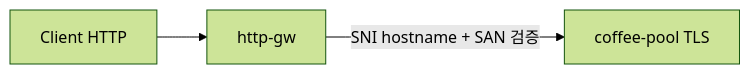
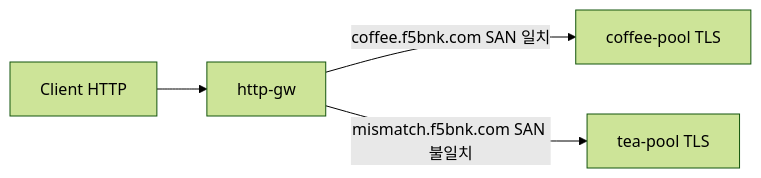
One commit to mink0119/2609_f5bnk changed the diagram in Advanced_Feature/3.7_BackendTLSPolicy_HostnameSAN/README.md. Above: the diagram before and after it, drawn with Mermaid (forest theme). The commit also changed other lines of this file and 80 other files, not shown here.

````diff
--- a/Advanced_Feature/3.7_BackendTLSPolicy_HostnameSAN/README.md
+++ b/Advanced_Feature/3.7_BackendTLSPolicy_HostnameSAN/README.md
@@ -7,5 +10,6 @@
 ```mermaid
 flowchart LR
   C[Client HTTP] --> VIP[http-gw]
-  VIP -->|"SNI hostname + SAN 검증"| P1["coffee-pool TLS"]
+  VIP -->|coffee.f5bnk.com SAN 일치| P1["coffee-pool TLS"]
+  VIP -->|mismatch.f5bnk.com SAN 불일치| P2["tea-pool TLS"]
 ```
````
